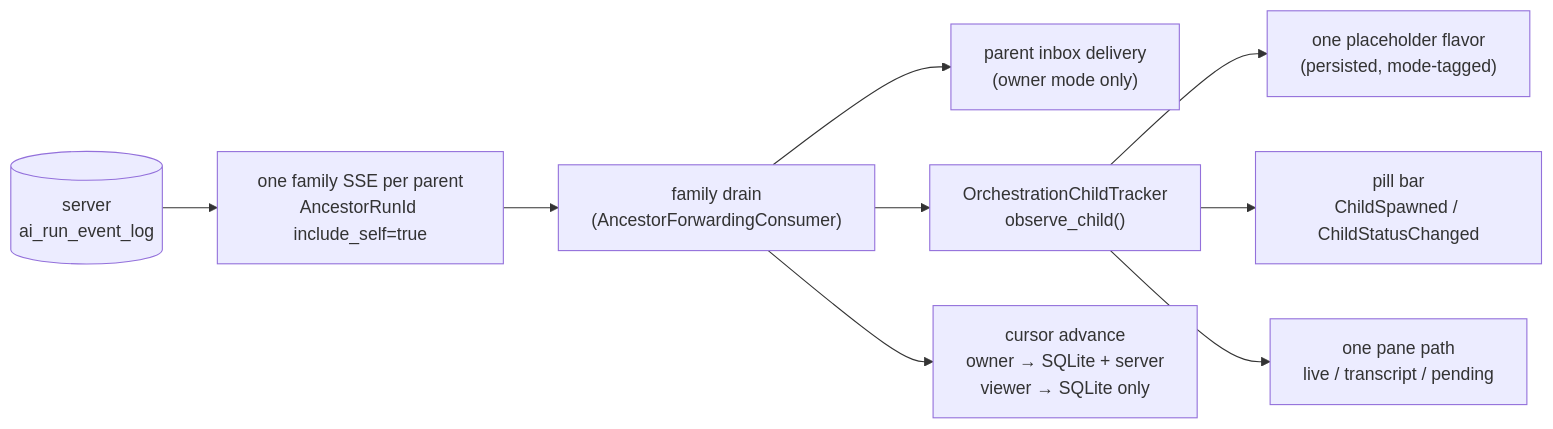
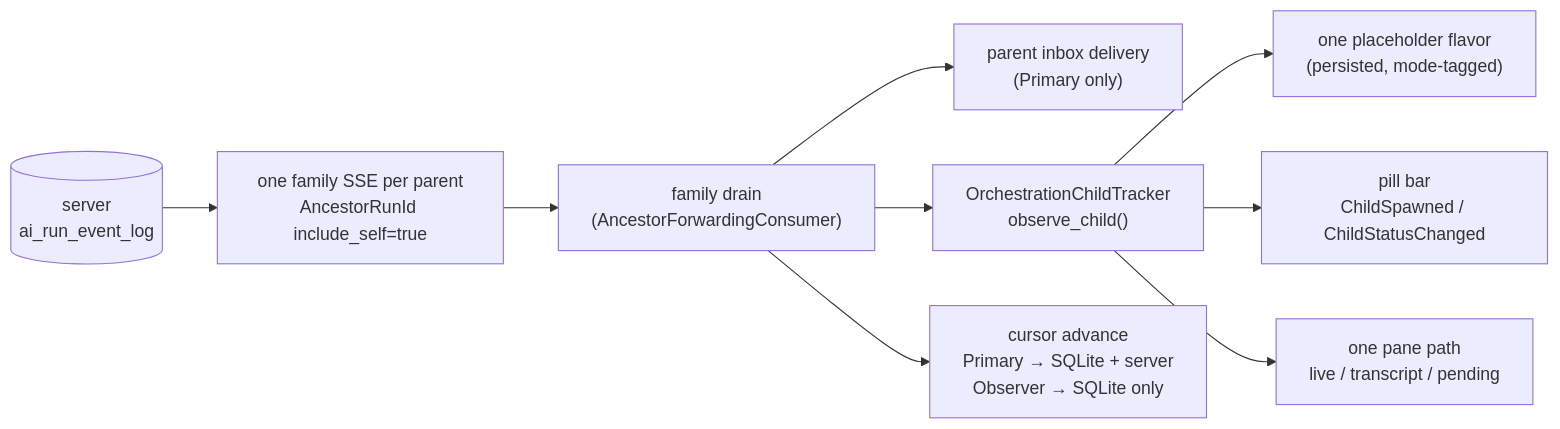
Before and after one commit to Aryan795/warp: the third of 4 diagrams in specs/QUALITY-928/TECH.md, drawn with Mermaid. The commit also changed other lines of this file and 23 other files, not shown here.

````diff
--- a/specs/QUALITY-928/TECH.md
+++ b/specs/QUALITY-928/TECH.md
@@ -457,11 +481,11 @@
 ```mermaid
 flowchart LR
   LOG[("server<br/>ai_run_event_log")] --> FS["one family SSE per parent<br/>AncestorRunId include_self=true"]
   FS --> FD["family drain<br/>(AncestorForwardingConsumer)"]
-  FD --> INBOX["parent inbox delivery<br/>(owner mode only)"]
+  FD --> INBOX["parent inbox delivery<br/>(Primary only)"]
   FD --> TRK["OrchestrationChildTracker<br/>observe_child()"]
-  FD --> CUR["cursor advance<br/>owner → SQLite + server<br/>viewer → SQLite only"]
+  FD --> CUR["cursor advance<br/>Primary → SQLite + server<br/>Observer → SQLite only"]
   TRK --> PLH["one placeholder flavor<br/>(persisted, mode-tagged)"]
   TRK --> PB["pill bar<br/>ChildSpawned / ChildStatusChanged"]
   TRK --> MAT["one pane path<br/>live / transcript / pending"]
 ```
````
